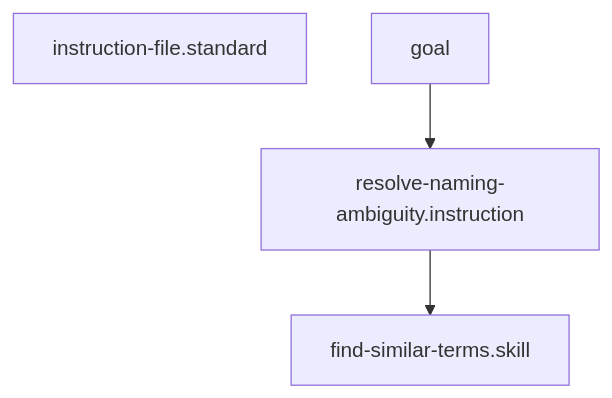
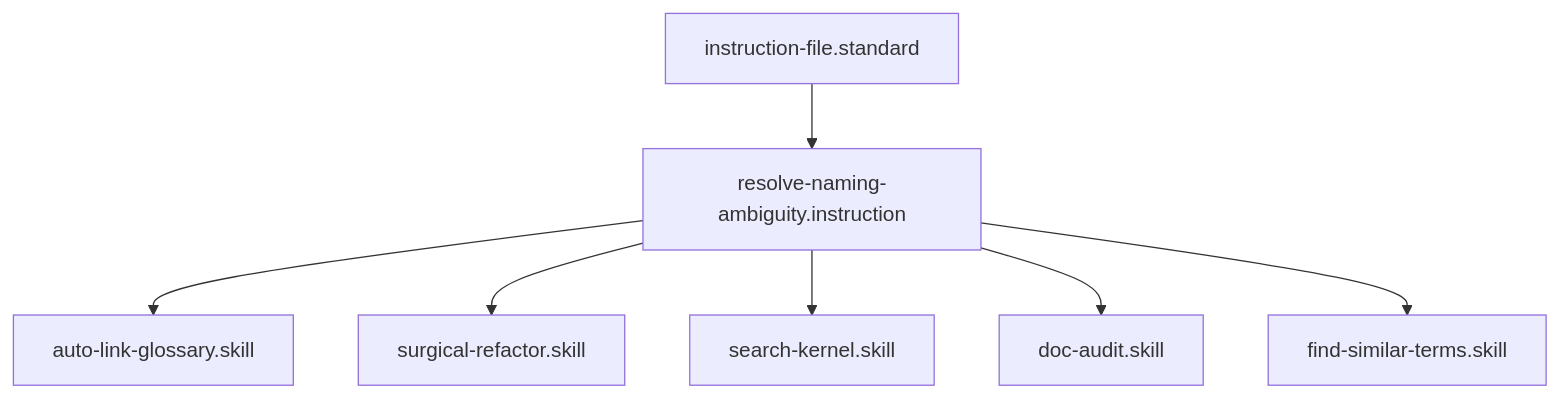
Before and after one commit to Gizmo4Life/ai-kernel: the diagram in instructions/resolve-naming-ambiguity.instruction.md, drawn with Mermaid. The commit also changed 89 other files, not shown here.

````diff
--- a/instructions/resolve-naming-ambiguity.instruction.md
+++ b/instructions/resolve-naming-ambiguity.instruction.md
@@ -22,6 +22,9 @@
 ```mermaid
 graph TD
-    instruction-file.standard
-goal --> resolve-naming-ambiguity.instruction
+    instruction-file.standard --> resolve-naming-ambiguity.instruction
+    resolve-naming-ambiguity.instruction --> auto-link-glossary[auto-link-glossary.skill]
+    resolve-naming-ambiguity.instruction --> surgical-refactor[surgical-refactor.skill]
+    resolve-naming-ambiguity.instruction --> search-kernel[search-kernel.skill]
+    resolve-naming-ambiguity.instruction --> doc-audit[doc-audit.skill]
     resolve-naming-ambiguity.instruction --> find-similar-terms[find-similar-terms.skill]
 ```
````
